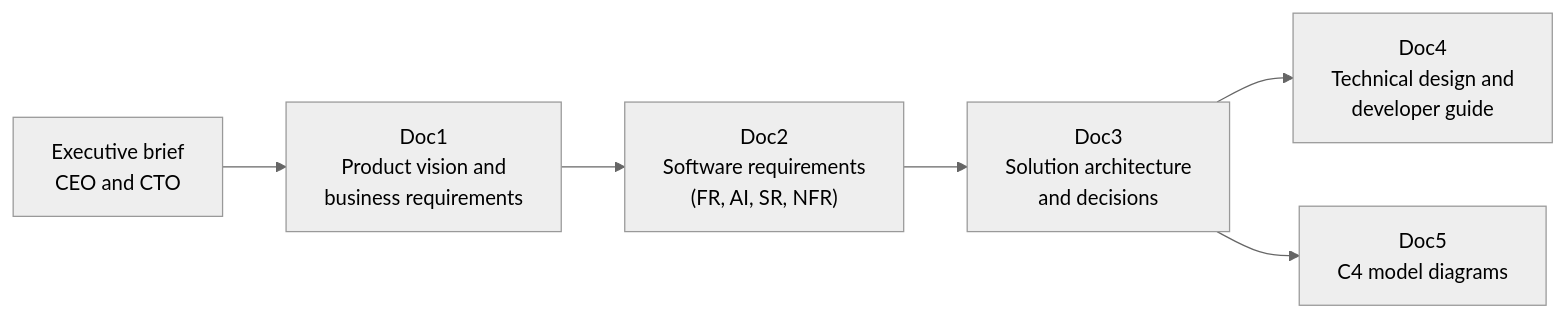
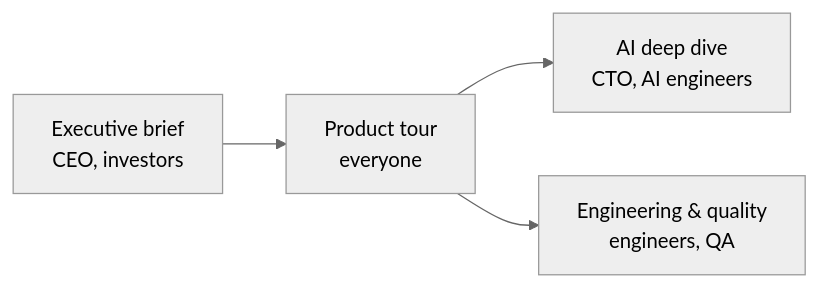
Before and after one commit to rahulwarekar20/habbit-quest: the diagram in docs/product/README.md, drawn with Mermaid (neutral theme). The commit also changed other lines of this file and 31 other files, not shown here.

````diff
--- a/docs/product/README.md
+++ b/docs/product/README.md
@@ -7,8 +5,6 @@
 ```mermaid
 flowchart LR
-    B["Executive brief<br/>CEO and CTO"] --> D1["Doc1<br/>Product vision and<br/>business requirements"]
-    D1 --> D2["Doc2<br/>Software requirements<br/>(FR, AI, SR, NFR)"]
-    D2 --> D3["Doc3<br/>Solution architecture<br/>and decisions"]
-    D3 --> D4["Doc4<br/>Technical design and<br/>developer guide"]
-    D3 --> D5["Doc5<br/>C4 model diagrams"]
+    B["Executive brief<br/>CEO, investors"] --> T["Product tour<br/>everyone"]
+    T --> A["AI deep dive<br/>CTO, AI engineers"]
+    T --> E["Engineering & quality<br/>engineers, QA"]
 ```
````
